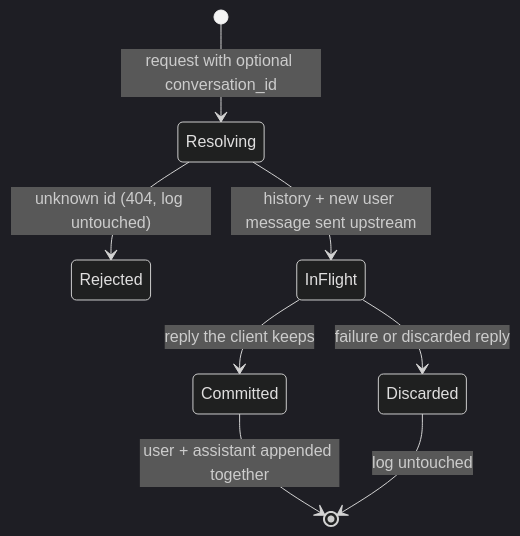
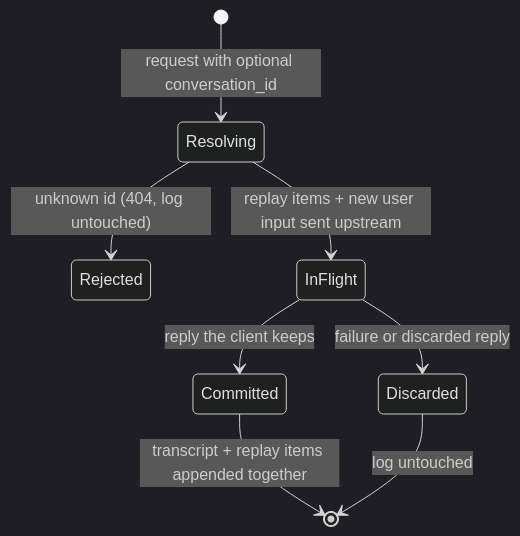
Before and after one commit to kehao-playground/azure-genai-backend-lab: the diagram in docs/state-models/conversation-session-fsm.md, drawn with Mermaid (dark theme). The commit also changed other lines of this file and 20 other files, not shown here.

````diff
--- a/docs/state-models/conversation-session-fsm.md
+++ b/docs/state-models/conversation-session-fsm.md
@@ -5,10 +5,10 @@
 ```mermaid
 stateDiagram-v2
     [*] --> Resolving: request with optional conversation_id
     Resolving --> Rejected: unknown id (404, log untouched)
-    Resolving --> InFlight: history + new user message sent upstream
+    Resolving --> InFlight: replay items + new user input sent upstream
     InFlight --> Committed: reply the client keeps
     InFlight --> Discarded: failure or discarded reply
-    Committed --> [*]: user + assistant appended together
+    Committed --> [*]: transcript + replay items appended together
     Discarded --> [*]: log untouched
 ```
````
